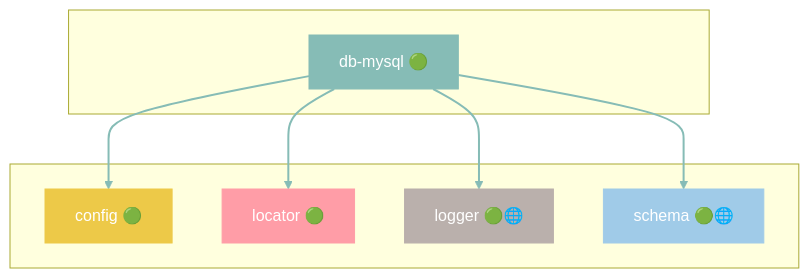
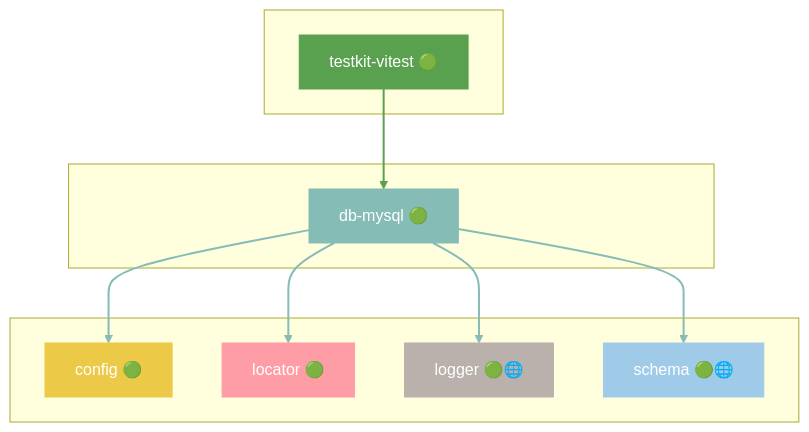
Diagram 12 of 45 in docs/DEPENDENCIES.md (grest-ts/grest-ts), drawn with Mermaid before and after one commit. The commit also changed other lines of this file and 22 other files, not shown here.

````diff
--- a/docs/DEPENDENCIES.md
+++ b/docs/DEPENDENCIES.md
@@ -733,25 +763,31 @@
 ```mermaid
 flowchart TB
+    subgraph Dependents[" "]
+        testkit-vitest["testkit-vitest 🟢"]
+    end
     subgraph Package[" "]
         db-mysql["db-mysql 🟢"]
     end
     subgraph Dependencies[" "]
         config["config 🟢"]
         locator["locator 🟢"]
         logger["logger 🟢🌐"]
         schema["schema 🟢🌐"]
     end
+    testkit-vitest --> db-mysql
     db-mysql --> config
     db-mysql --> locator
     db-mysql --> logger
     db-mysql --> schema
     style db-mysql fill:#86BCB6,stroke:#86BCB6,color:#fff
+    style testkit-vitest fill:#59A14F,stroke:#59A14F,color:#fff
     style config fill:#EDC948,stroke:#EDC948,color:#fff
     style locator fill:#FF9DA7,stroke:#FF9DA7,color:#fff
     style logger fill:#BAB0AC,stroke:#BAB0AC,color:#fff
     style schema fill:#A0CBE8,stroke:#A0CBE8,color:#fff
-    linkStyle 0 stroke:#86BCB6,stroke-width:2px
+    linkStyle 0 stroke:#59A14F,stroke-width:2px
     linkStyle 1 stroke:#86BCB6,stroke-width:2px
     linkStyle 2 stroke:#86BCB6,stroke-width:2px
     linkStyle 3 stroke:#86BCB6,stroke-width:2px
+    linkStyle 4 stroke:#86BCB6,stroke-width:2px
 ```
````
